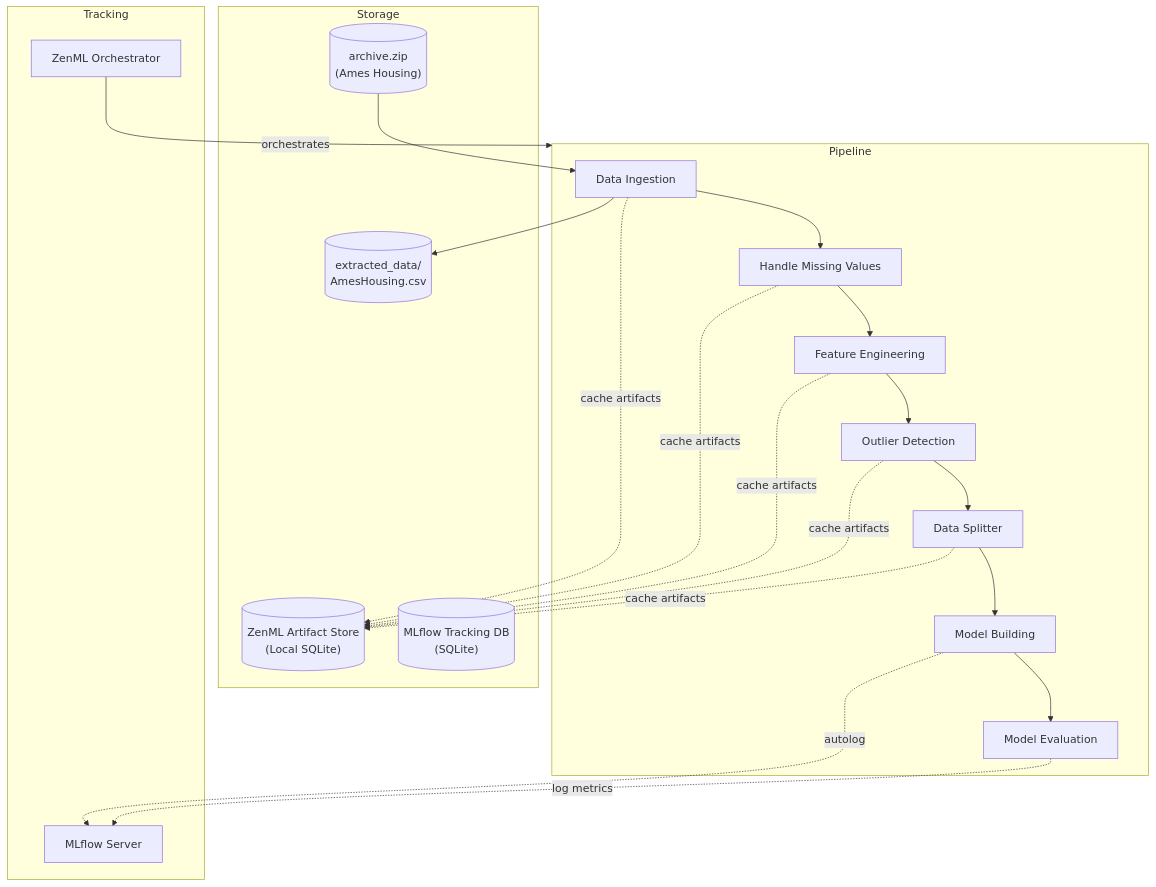
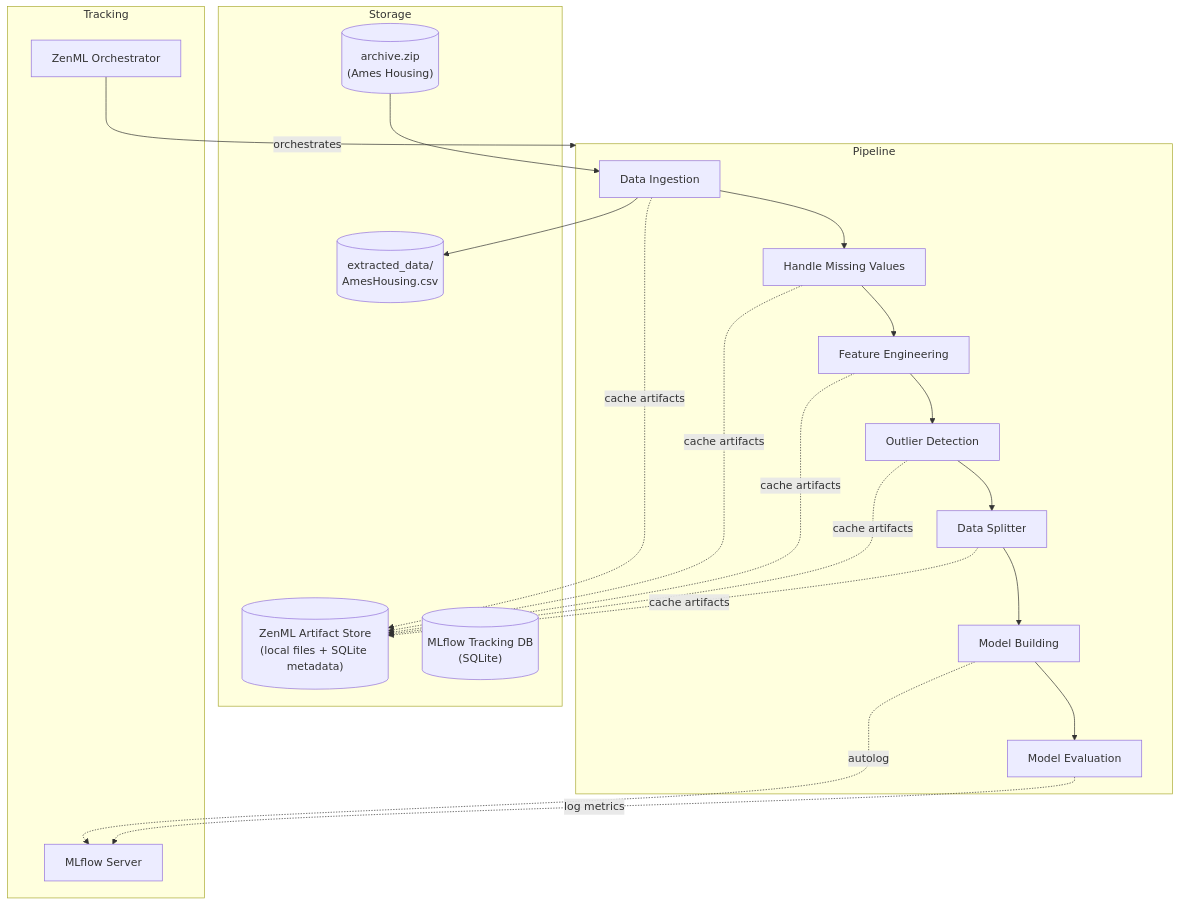
One commit to ShibilAhamed701212/Price-Predictor-System changed the first of 3 diagrams in README.md. Above: the diagram before and after it, drawn with Mermaid. The commit also changed other lines of this file and 32 other files, not shown here.

````diff
--- a/README.md
+++ b/README.md
@@ -76,41 +79,41 @@
 ```mermaid
 graph TD
     subgraph Storage
         AZ[("archive.zip<br/>(Ames Housing)")]
         CSV[("extracted_data/<br/>AmesHousing.csv")]
-        ART[("ZenML Artifact Store<br/>(Local SQLite)")]
+        ART[("ZenML Artifact Store<br/>(local files + SQLite metadata)")]
         MLDB[("MLflow Tracking DB<br/>(SQLite)")]
     end
 
     subgraph Pipeline
         DI[Data Ingestion]
         MV[Handle Missing Values]
         FE[Feature Engineering]
         OD[Outlier Detection]
         DS[Data Splitter]
         MB[Model Building]
         ME[Model Evaluation]
     end
 
     subgraph Tracking
         MF[MLflow Server]
         ZM[ZenML Orchestrator]
     end
 
     AZ --> DI
     DI --> CSV
     DI --> MV
     MV --> FE
     FE --> OD
     OD --> DS
     DS --> MB
     MB --> ME
     MB -.->|autolog| MF
     ME -.->|log metrics| MF
     DI -.->|cache artifacts| ART
     MV -.->|cache artifacts| ART
     FE -.->|cache artifacts| ART
     OD -.->|cache artifacts| ART
     DS -.->|cache artifacts| ART
     ZM -->|orchestrates| Pipeline
 ```
````
